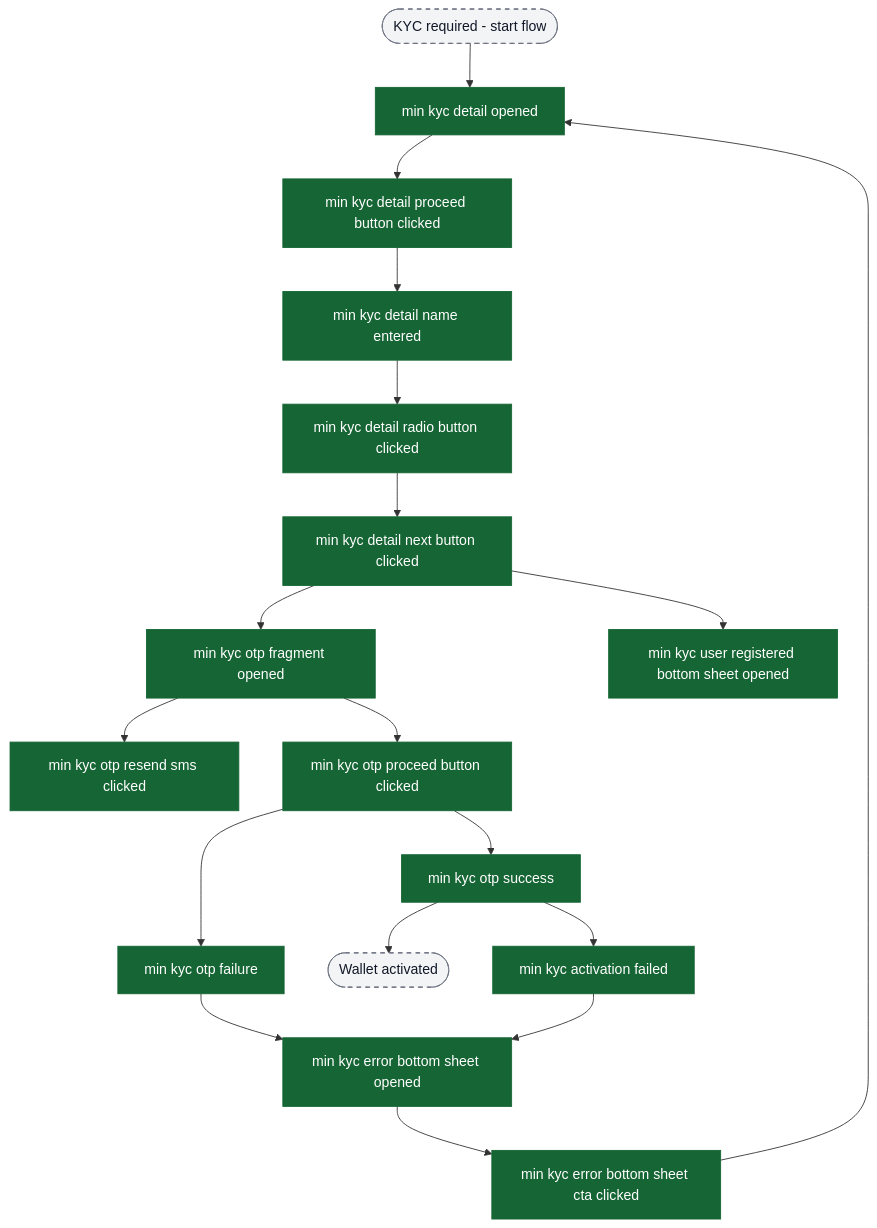
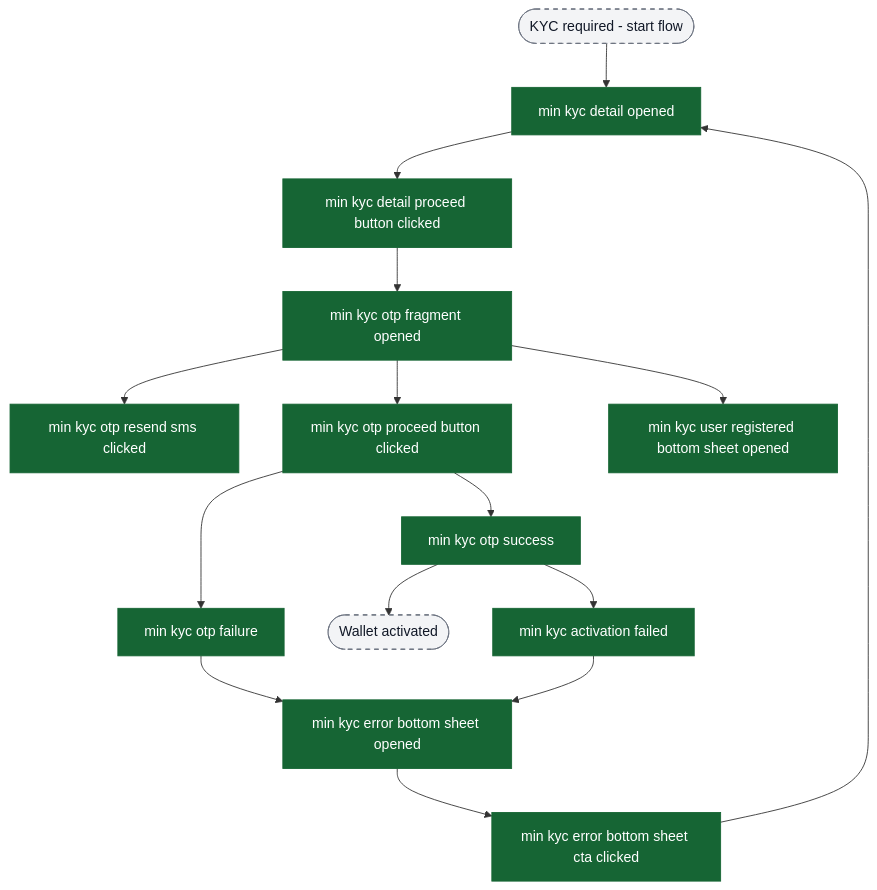
Before and after one commit to ratulsarna/chalo-app-dashboard: the seventh of 12 diagrams in content/analytics/wallet/flow-diagrams.md, drawn with Mermaid. The commit also changed other lines of this file and 2 other files, not shown here.

First line of the commit message:
Refactor wallet flow diagrams and analytics events for clarity and accuracy

````diff
--- a/content/analytics/wallet/flow-diagrams.md
+++ b/content/analytics/wallet/flow-diagrams.md
@@ -147,33 +139,29 @@
 ```mermaid
 flowchart TD
   ui_kycStart([KYC required - start flow]) --> ev_detailsOpen["min kyc detail opened"]
 
   ev_detailsOpen --> ev_proceedClicked["min kyc detail proceed button clicked"]
-  ev_proceedClicked --> ev_nameEntered["min kyc detail name entered"]
-  ev_nameEntered --> ev_radioClicked["min kyc detail radio button clicked"]
-  ev_radioClicked --> ev_nextClicked["min kyc detail next button clicked"]
-
-  ev_nextClicked --> ev_otpOpen["min kyc otp fragment opened"]
-  ev_nextClicked --> ev_userRegisteredShown["min kyc user registered bottom sheet opened"]
+  ev_proceedClicked --> ev_otpOpen["min kyc otp fragment opened"]
 
   ev_otpOpen --> ev_otpResend["min kyc otp resend sms clicked"]
   ev_otpOpen --> ev_otpProceed["min kyc otp proceed button clicked"]
+  ev_otpOpen --> ev_userRegisteredShown["min kyc user registered bottom sheet opened"]
 
   ev_otpProceed --> ev_otpSuccess["min kyc otp success"]
   ev_otpProceed --> ev_otpFailure["min kyc otp failure"]
 
   ev_otpSuccess --> ui_activated([Wallet activated])
   ev_otpSuccess --> ev_activationFailed["min kyc activation failed"]
 
   ev_otpFailure --> ev_errorShown["min kyc error bottom sheet opened"]
   ev_activationFailed --> ev_errorShown
 
   ev_errorShown --> ev_errorCtaClicked["min kyc error bottom sheet cta clicked"]
   ev_errorCtaClicked --> ev_detailsOpen
 
   classDef event fill:#166534,stroke:#166534,color:#ffffff;
   classDef ui fill:#f3f4f6,stroke:#6b7280,stroke-dasharray: 5 5,color:#111827;
 
-  class ev_detailsOpen,ev_proceedClicked,ev_nameEntered,ev_radioClicked,ev_nextClicked,ev_otpOpen,ev_otpResend,ev_otpProceed,ev_otpSuccess,ev_otpFailure,ev_activationFailed,ev_errorShown,ev_errorCtaClicked,ev_userRegisteredShown event;
+  class ev_detailsOpen,ev_proceedClicked,ev_otpOpen,ev_otpResend,ev_otpProceed,ev_otpSuccess,ev_otpFailure,ev_activationFailed,ev_errorShown,ev_errorCtaClicked,ev_userRegisteredShown event;
   class ui_kycStart,ui_activated ui;
 ```
````
